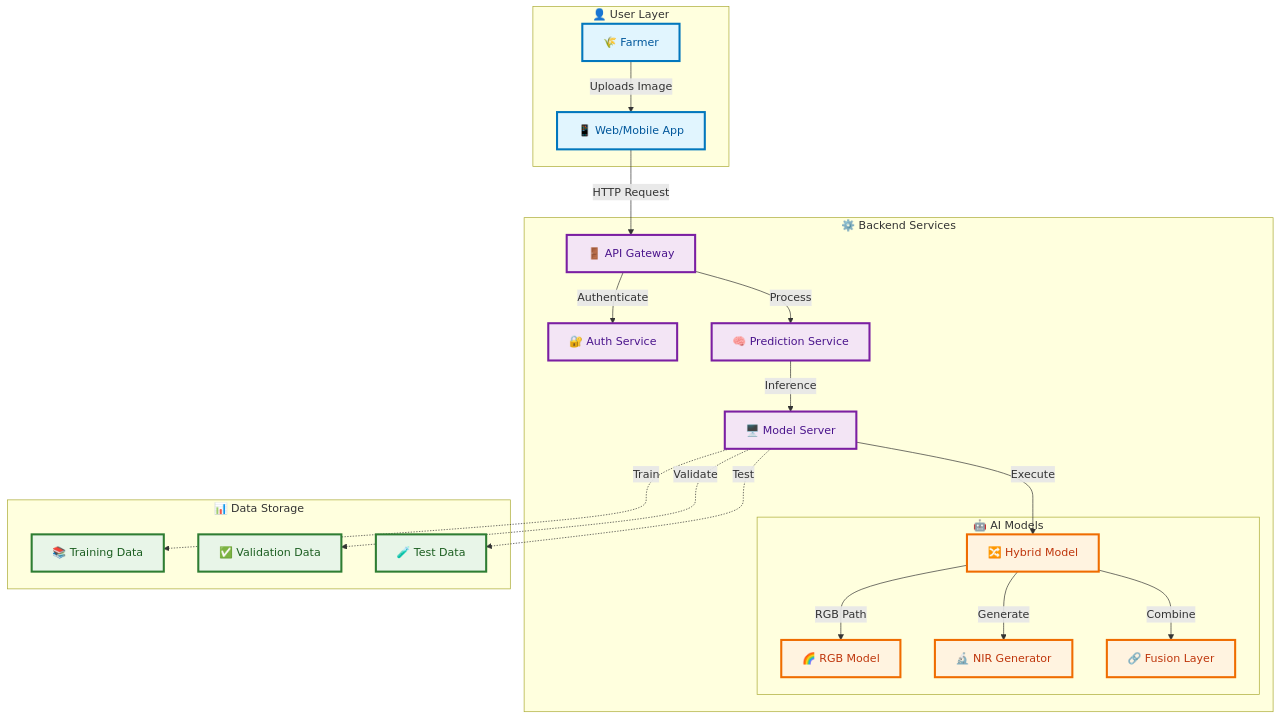
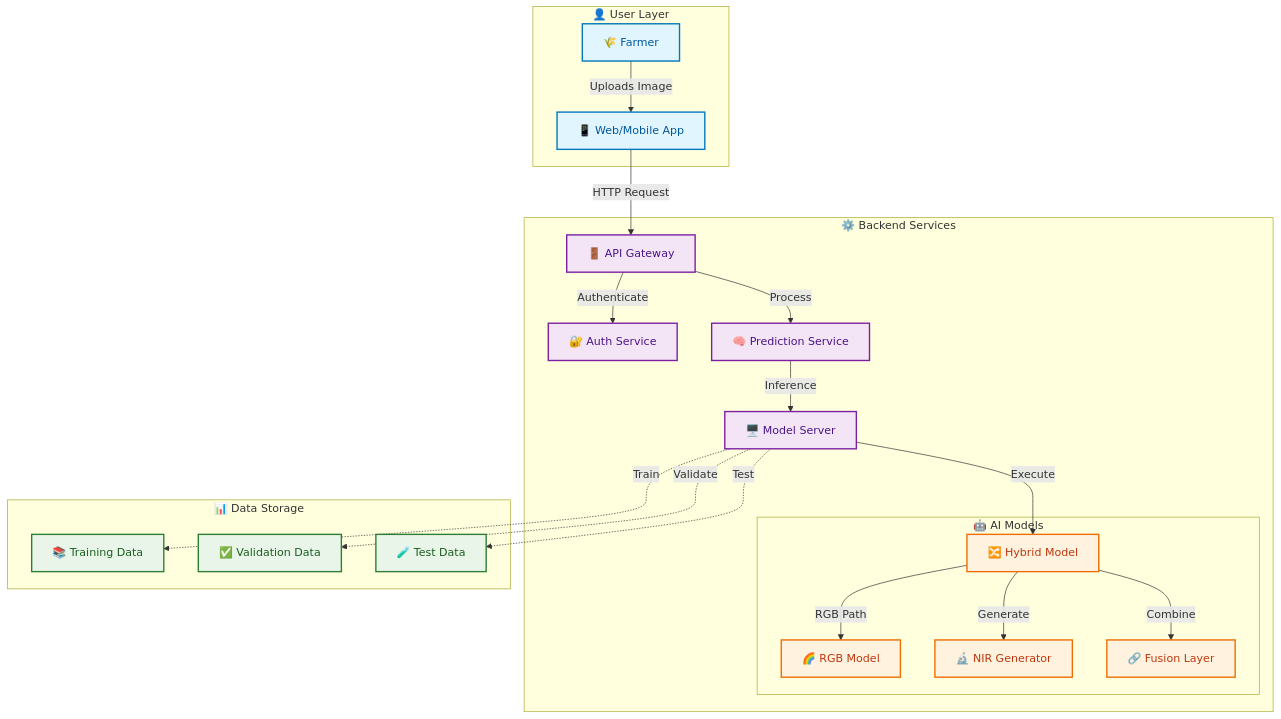
The first of 14 diagrams in docs/ARCHITECTURE.md (VIKAS9793/Krishisahayak-2.0), drawn with Mermaid before and after one commit. The commit also changed other lines of this file and 7 other files, not shown here.

````diff
--- a/docs/ARCHITECTURE.md
+++ b/docs/ARCHITECTURE.md
@@ -34,51 +34,51 @@
 ```mermaid
 graph TD
     subgraph User [" 👤 User Layer "]
         A[🌾 Farmer] 
         B[📱 Web/Mobile App]
     end
     
     subgraph Backend [" ⚙️ Backend Services "]
         C[🚪 API Gateway]
         D[🔐 Auth Service]
         E[🧠 Prediction Service]
         F[🖥️ Model Server]
         
         subgraph Models [" 🤖 AI Models "]
             G[🔀 Hybrid Model]
             H[🌈 RGB Model]
             I[🔬 NIR Generator]
             J[🔗 Fusion Layer]
         end
     end
     
     subgraph Data [" 📊 Data Storage "]
         K[📚 Training Data]
         L[✅ Validation Data]
         M[🧪 Test Data]
     end
     
     A -->|Uploads Image| B
     B -->|HTTP Request| C
     C -->|Authenticate| D
     C -->|Process| E
     E -->|Inference| F
     F -->|Execute| G
     G -->|RGB Path| H
     G -->|Generate| I
     G -->|Combine| J
     
     F -.->|Train| K
     F -.->|Validate| L
     F -.->|Test| M
     
-    classDef userStyle fill:#e1f5fe,stroke:#0277bd,stroke-width:3px,color:#01579b
-    classDef backendStyle fill:#f3e5f5,stroke:#7b1fa2,stroke-width:3px,color:#4a148c
-    classDef modelStyle fill:#fff3e0,stroke:#ef6c00,stroke-width:3px,color:#bf360c
-    classDef dataStyle fill:#e8f5e8,stroke:#2e7d32,stroke-width:3px,color:#1b5e20
+    classDef userStyle fill:#e1f5fe,stroke:#0277bd,stroke-width:2px,color:#01579b
+    classDef backendStyle fill:#f3e5f5,stroke:#7b1fa2,stroke-width:2px,color:#4a148c
+    classDef modelStyle fill:#fff3e0,stroke:#ef6c00,stroke-width:2px,color:#bf360c
+    classDef dataStyle fill:#e8f5e8,stroke:#2e7d32,stroke-width:2px,color:#1b5e20
     
     class A,B userStyle
     class C,D,E,F backendStyle
     class G,H,I,J modelStyle
     class K,L,M dataStyle
 ```
````
